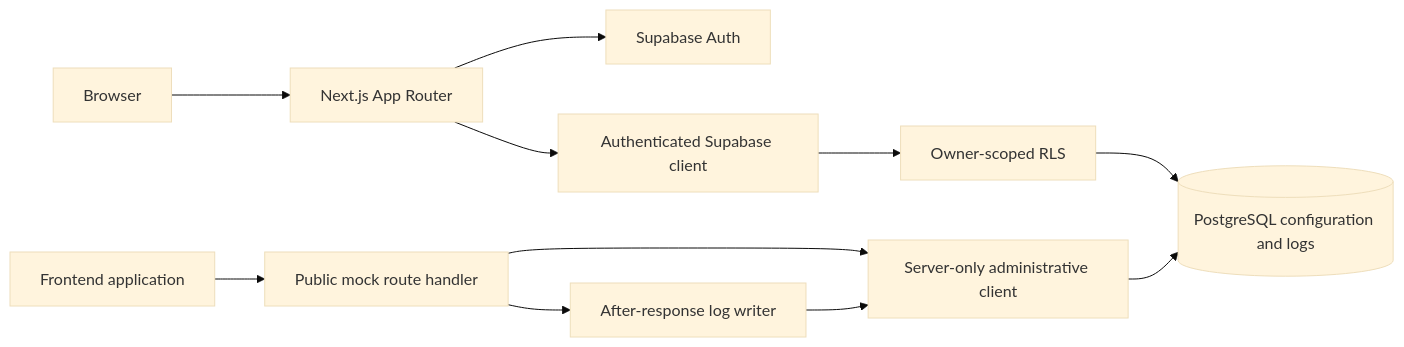
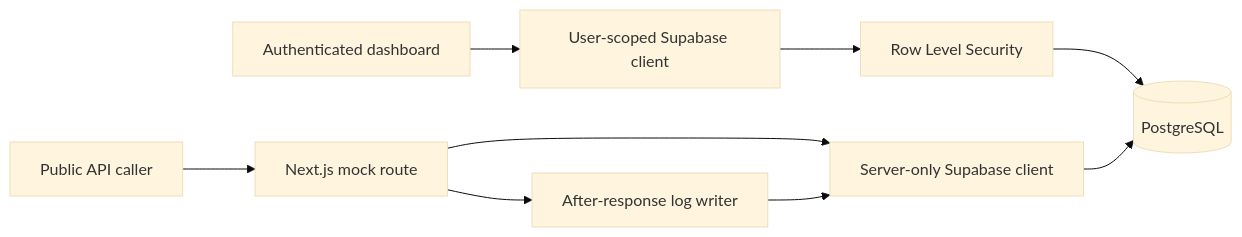
Before and after one commit to ChaitanyaSai-Meka/MockForge: the diagram in README.md, drawn with Mermaid (base theme). The commit also changed other lines of this file and 12 other files, not shown here.

````diff
--- a/README.md
+++ b/README.md
@@ -9,13 +124,11 @@
 ```mermaid
 flowchart LR
-  Browser[Browser] --> Next[Next.js App Router]
-  Next --> Auth[Supabase Auth]
-  Next --> UserClient[Authenticated Supabase client]
-  UserClient --> RLS[Owner-scoped RLS]
-  PublicClient[Frontend application] --> Runtime[Public mock route handler]
-  Runtime --> Admin[Server-only administrative client]
+  Dashboard[Authenticated dashboard] --> UserClient[User-scoped Supabase client]
+  UserClient --> RLS[Row Level Security]
+  RLS --> DB[(PostgreSQL)]
+  Caller[Public API caller] --> Runtime[Next.js mock route]
+  Runtime --> Admin[Server-only Supabase client]
   Runtime --> After[After-response log writer]
   After --> Admin
-  Admin --> DB[(PostgreSQL configuration and logs)]
-  RLS --> DB
+  Admin --> DB
 ```
````
